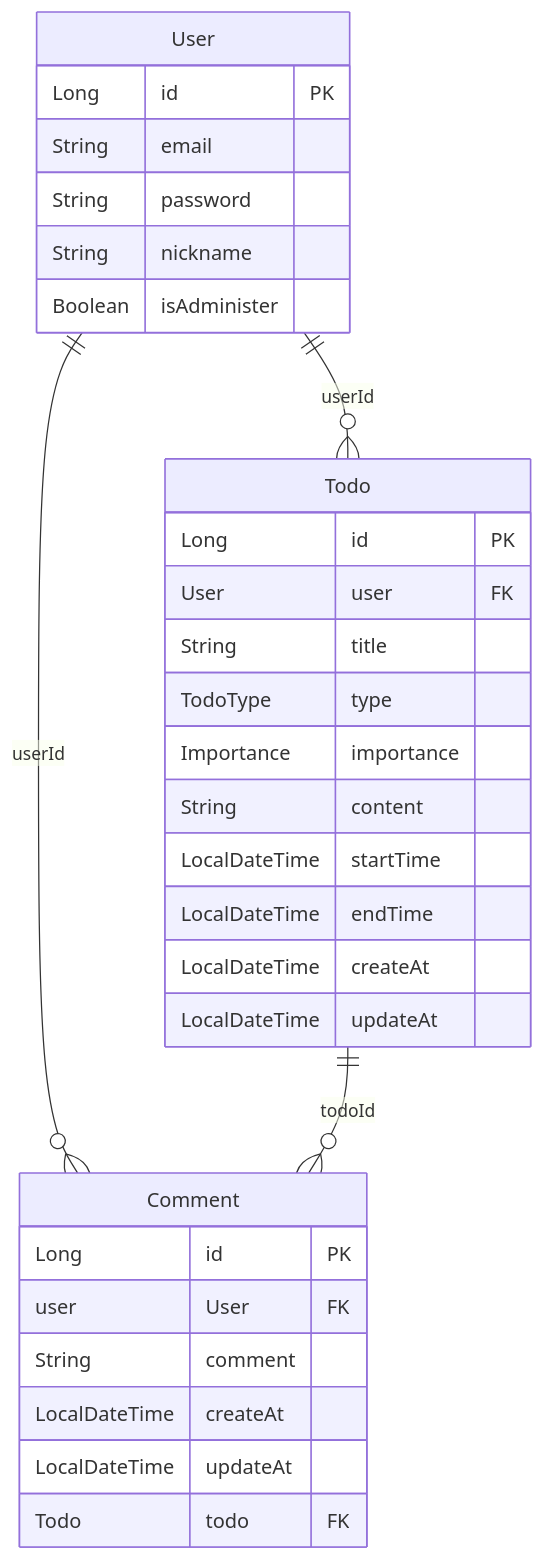
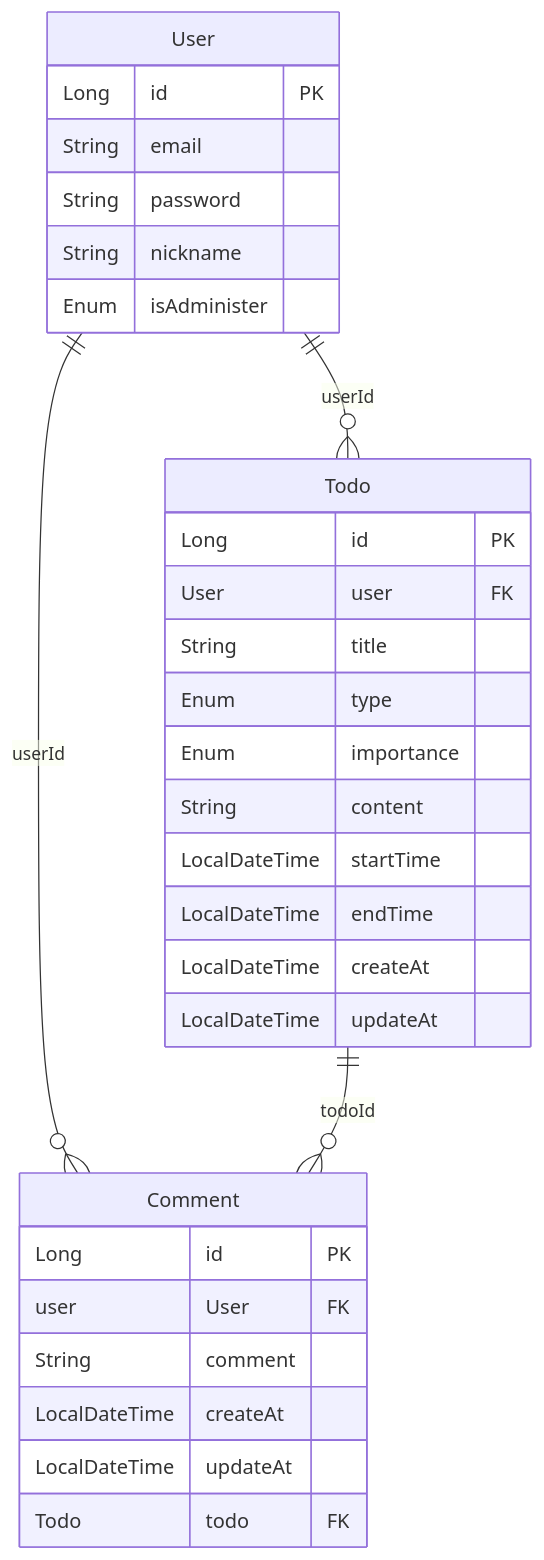
Before and after one commit to Ppajingae/HW_todo: the diagram in README.md, drawn with Mermaid.

````diff
--- a/README.md
+++ b/README.md
@@ -54,57 +54,57 @@
 ```mermaid
 erDiagram
 
 User ||--o{ Comment : userId
 Todo ||--o{ Comment : todoId
 User ||--o{ Todo : userId
 
 
 User{
     Long id PK
 
     String email
 
     String password
 
     String nickname
 
-    Boolean isAdminister
+    Enum isAdminister
 }
 
 Comment{
     Long id PK
 
     user User FK
 
     String comment
 
     LocalDateTime createAt
 
     LocalDateTime updateAt
 
     Todo todo FK
 }
 
 Todo{
     Long id PK
 
     User user FK 
 
     String title
 
-    TodoType type
+    Enum type
 
-    Importance importance
+    Enum importance
 
     String content
 
     LocalDateTime startTime
 
     LocalDateTime endTime
 
     LocalDateTime createAt
 
     LocalDateTime updateAt
 
 }
 ```
````
